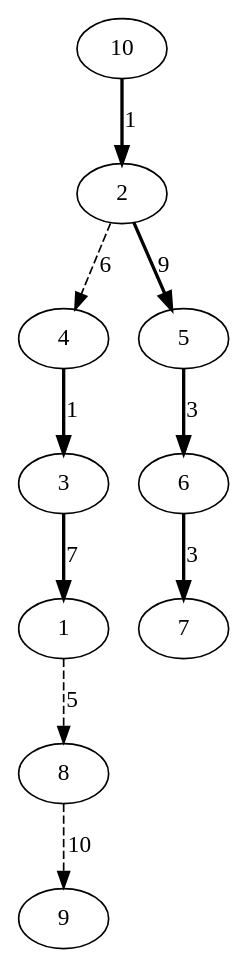
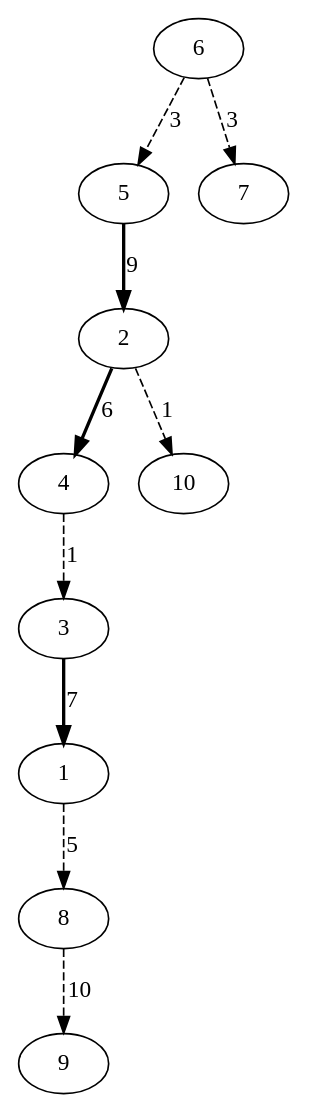
One commit to Musab1Blaser/DynamicTrees_NF changed the diagram in ST-Tree/src/combined_graph.dot. Above: the diagram before and after it, drawn with Graphviz. The commit also changed 2 other files, not shown here.

```diff
--- a/ST-Tree/src/combined_graph.dot
+++ b/ST-Tree/src/combined_graph.dot
@@ -1,21 +1,21 @@
 digraph G {
-4 -> 3 [style=bold, label=1];
+5 -> 2 [style=bold, label=9];
+2 -> 4 [style=bold, label=6];
 3 -> 1 [style=bold, label=7];
-10 -> 2 [style=bold, label=1];
-2 -> 5 [style=bold, label=9];
-5 -> 6 [style=bold, label=3];
-6 -> 7 [style=bold, label=3];
-2 -> 4 [style=dashed, label=6];
+4 -> 3 [style=dashed, label=1];
+6 -> 5 [style=dashed, label=3];
+6 -> 7 [style=dashed, label=3];
 1 -> 8 [style=dashed, label=5];
 8 -> 9 [style=dashed, label=10];
+2 -> 10 [style=dashed, label=1];
 1; 
 2; 
 3; 
 4; 
 5; 
 6; 
 7; 
 8; 
 9; 
 10; 
 }
```
